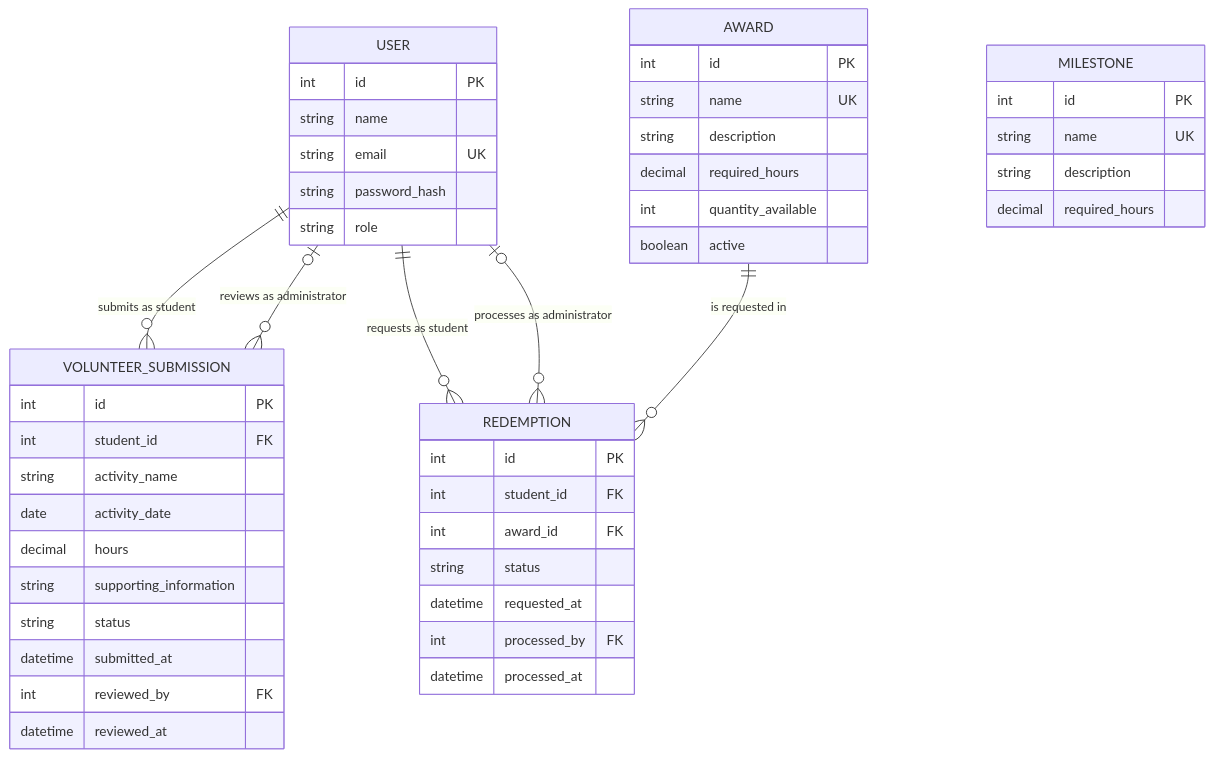
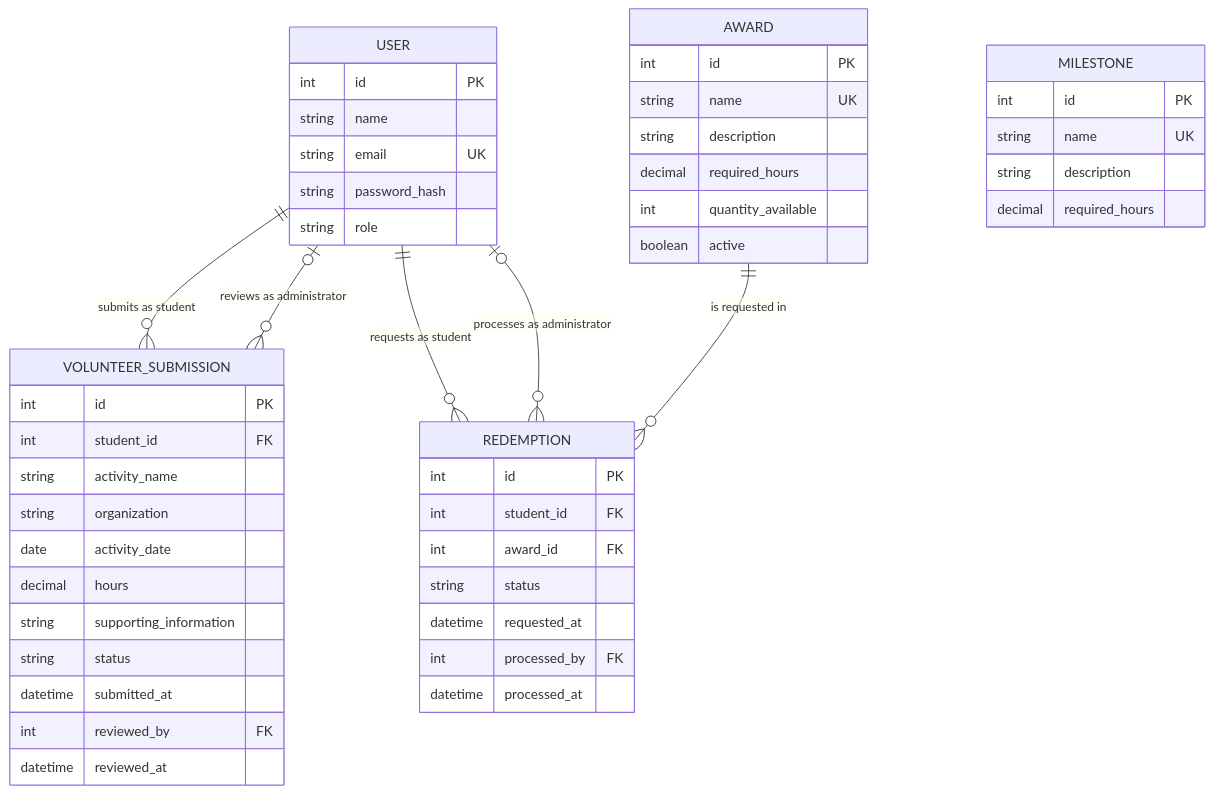
One commit to Dar1ancpp/comp3613a1 changed the diagram in docs/report.md. Above: the diagram before and after it, drawn with Mermaid.

Commit message:
Refined Models

````diff
--- a/docs/report.md
+++ b/docs/report.md
@@ -29,55 +29,56 @@
 ```mermaid
 erDiagram
   USER ||--o{ VOLUNTEER_SUBMISSION : "submits as student"
   USER o|--o{ VOLUNTEER_SUBMISSION : "reviews as administrator"
   USER ||--o{ REDEMPTION : "requests as student"
   USER o|--o{ REDEMPTION : "processes as administrator"
   AWARD ||--o{ REDEMPTION : "is requested in"
 
   USER {
     int id PK
     string name
     string email UK
     string password_hash
     string role
   }
 
   VOLUNTEER_SUBMISSION {
     int id PK
     int student_id FK
     string activity_name
+    string organization
     date activity_date
     decimal hours
     string supporting_information
     string status
     datetime submitted_at
     int reviewed_by FK
     datetime reviewed_at
   }
 
   MILESTONE {
     int id PK
     string name UK
     string description
     decimal required_hours
   }
 
   AWARD {
     int id PK
     string name UK
     string description
     decimal required_hours
     int quantity_available
     boolean active
   }
 
   REDEMPTION {
     int id PK
     int student_id FK
     int award_id FK
     string status
     datetime requested_at
     int processed_by FK
     datetime processed_at
   }
 ```
````
